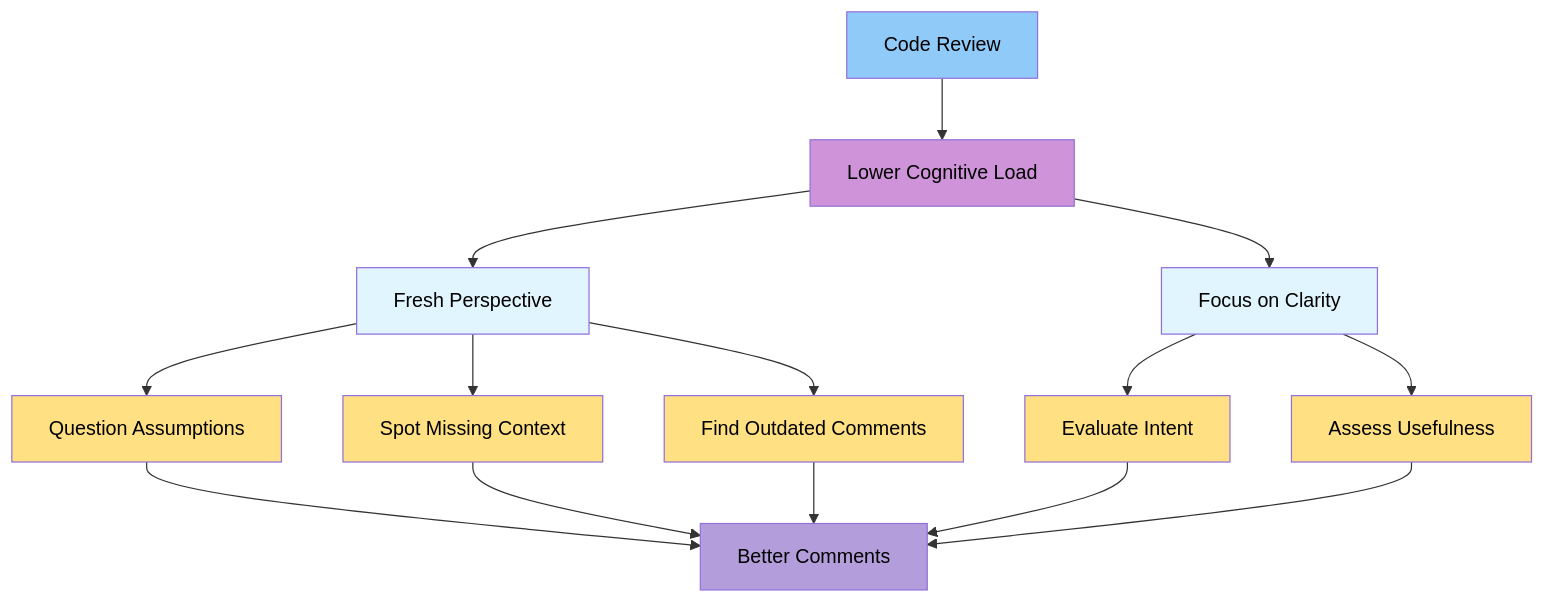
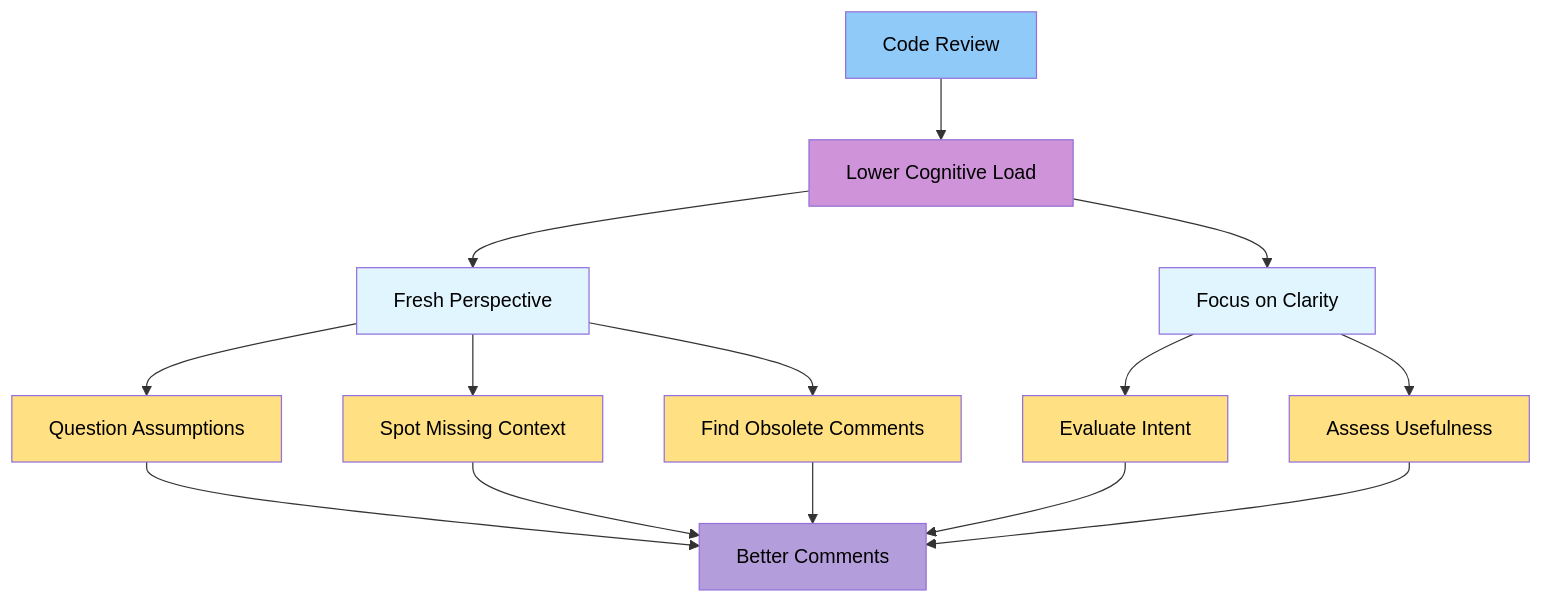
Before and after one commit to IndrajeetPatil/to-comment-or-not: the third of 4 diagrams in index.qmd, drawn with Mermaid. The commit also changed other lines of this file, not shown here.

````diff
--- a/index.qmd
+++ b/index.qmd
@@ -1825,31 +1831,31 @@
 ```{mermaid}
 %%| eval: true
 %%| echo: false
 flowchart TD
     A[Code Review] --> B[Lower Cognitive Load]
     B --> C[Fresh Perspective]
     B --> D[Focus on Clarity]
 
     C --> E[Question Assumptions]
     C --> F[Spot Missing Context]
-    C --> O[Find Outdated Comments]
+    C --> O[Find Obsolete Comments]
     D --> G[Evaluate Intent]
     D --> H[Assess Usefulness]
 
     E --> I[Better Comments]
     F --> I
     G --> I
     H --> I
     O --> I
 
     style A fill:#90CAF9,color:#000
     style B fill:#CE93D8,color:#000
     style C fill:#E1F5FE,color:#000
     style D fill:#E1F5FE,color:#000
     style E fill:#FFE082,color:#000
     style F fill:#FFE082,color:#000
     style G fill:#FFE082,color:#000
     style H fill:#FFE082,color:#000
     style O fill:#FFE082,color:#000
     style I fill:#B39DDB,color:#000
 ```
````
